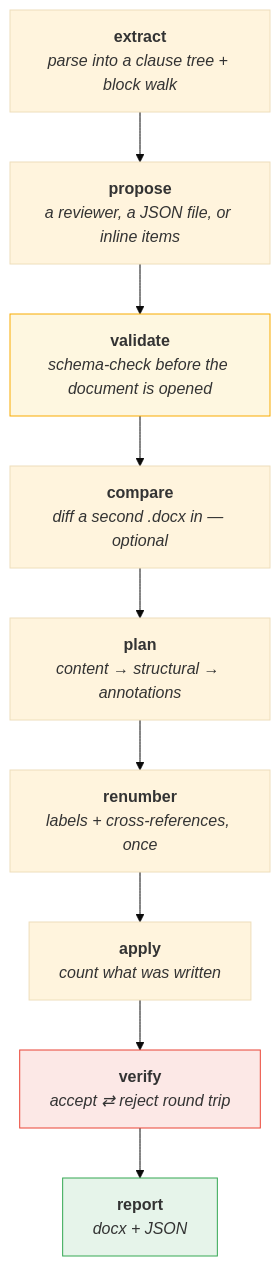
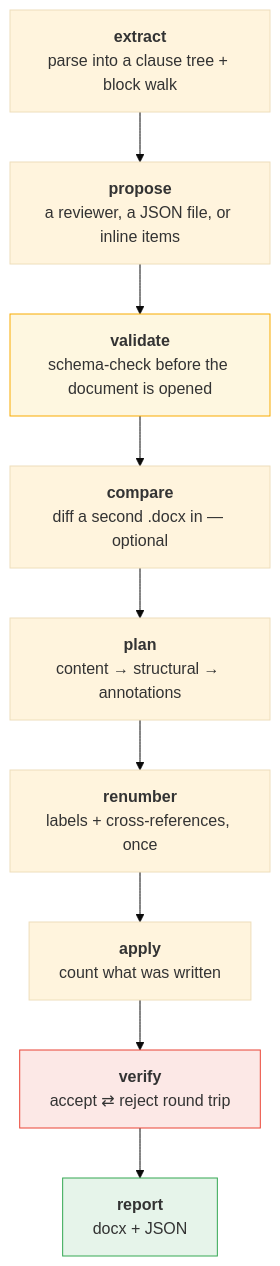
One commit to gh-aswanth/docx_walking changed the first of 5 diagrams in docs/04-action-pipeline.md. Above: the diagram before and after it, drawn with Mermaid (base theme). The commit also changed other lines of this file, not shown here.

Commit message:
Fix mermaid diagram rendering - use actual line breaks and symbols instead of HTML entities

````diff
--- a/docs/04-action-pipeline.md
+++ b/docs/04-action-pipeline.md
@@ -9,18 +9,18 @@
 ```mermaid
 flowchart TB
-    S1["<b>extract</b><br/><i>parse into a clause tree + block walk</i>"]
-    S2["<b>propose</b><br/><i>a reviewer, a JSON file, or inline items</i>"]
-    S3["<b>validate</b><br/><i>schema-check before the document is opened</i>"]
-    S4["<b>compare</b><br/><i>diff a second .docx in — optional</i>"]
-    S5["<b>plan</b><br/><i>content → structural → annotations</i>"]
-    S6["<b>renumber</b><br/><i>labels + cross-references, once</i>"]
-    S7["<b>apply</b><br/><i>count what was written</i>"]
-    S8["<b>verify</b><br/><i>accept ⇄ reject round trip</i>"]
-    S9["<b>report</b><br/><i>docx + JSON</i>"]
+    S1["<b>extract</b><br/>parse into a clause tree + block walk"]
+    S2["<b>propose</b><br/>a reviewer, a JSON file, or inline items"]
+    S3["<b>validate</b><br/>schema-check before the document is opened"]
+    S4["<b>compare</b><br/>diff a second .docx in — optional"]
+    S5["<b>plan</b><br/>content → structural → annotations"]
+    S6["<b>renumber</b><br/>labels + cross-references, once"]
+    S7["<b>apply</b><br/>count what was written"]
+    S8["<b>verify</b><br/>accept ⇄ reject round trip"]
+    S9["<b>report</b><br/>docx + JSON"]
 
     S1 --> S2 --> S3 --> S4 --> S5 --> S6 --> S7 --> S8 --> S9
 
     style S3 fill:#fef7e0,stroke:#f9ab00
     style S8 fill:#fce8e6,stroke:#ea4335
     style S9 fill:#e6f4ea,stroke:#34a853
 ```
````
